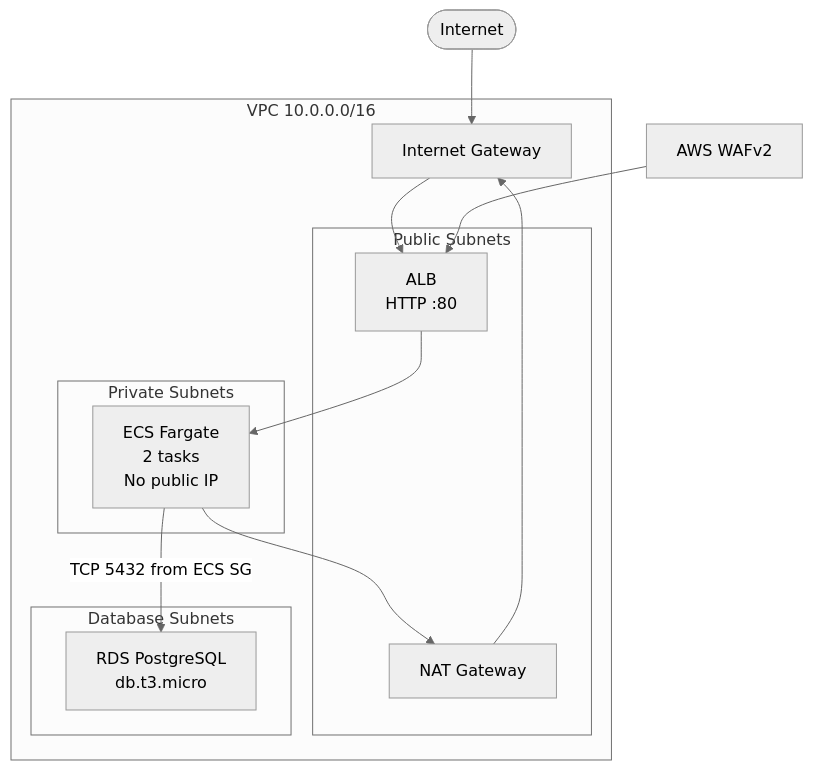
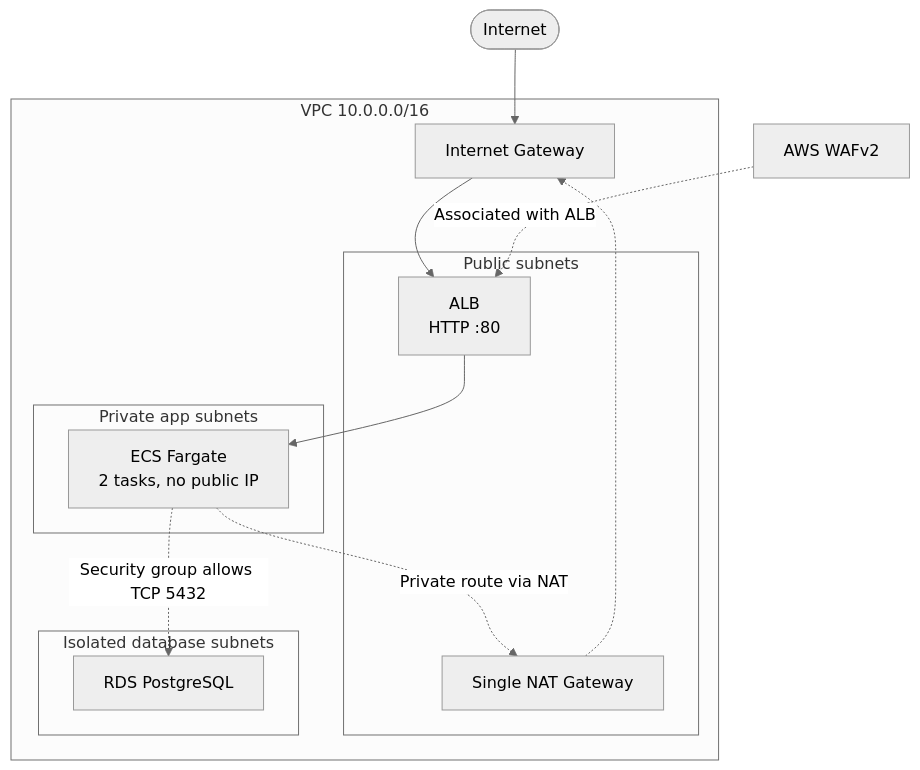
Before and after one commit to charishmanm24/AWS-Project: the diagram in README.md, drawn with Mermaid (neutral theme). The commit also changed other lines of this file, not shown here.

````diff
--- a/README.md
+++ b/README.md
@@ -17,31 +7,30 @@
 ```mermaid
 flowchart TB
     Internet([Internet])
+    WAF["AWS WAFv2"]
 
     subgraph VPC["VPC 10.0.0.0/16"]
         IGW["Internet Gateway"]
 
-        subgraph Public["Public Subnets"]
-            ALB["ALB\nHTTP :80"]
-            NAT["NAT Gateway"]
+        subgraph Public["Public subnets"]
+            ALB["ALB<br/>HTTP :80"]
+            NAT["Single NAT Gateway"]
         end
 
-        subgraph Private["Private Subnets"]
-            ECS["ECS Fargate\n2 tasks\nNo public IP"]
+        subgraph Private["Private app subnets"]
+            ECS["ECS Fargate<br/>2 tasks, no public IP"]
         end
 
-        subgraph Data["Database Subnets"]
-            RDS["RDS PostgreSQL\ndb.t3.micro"]
+        subgraph Database["Isolated database subnets"]
+            RDS["RDS PostgreSQL"]
         end
     end
 
-    WAF["AWS WAFv2"]
-
     Internet --> IGW
     IGW --> ALB
-    WAF --> ALB
+    WAF -.->|Associated with ALB| ALB
     ALB --> ECS
-    ECS -->|TCP 5432 from ECS SG| RDS
-    ECS --> NAT
-    NAT --> IGW
+    ECS -.->|Security group allows TCP 5432| RDS
+    ECS -.->|Private route via NAT| NAT
+    NAT -.-> IGW
 ```
````
